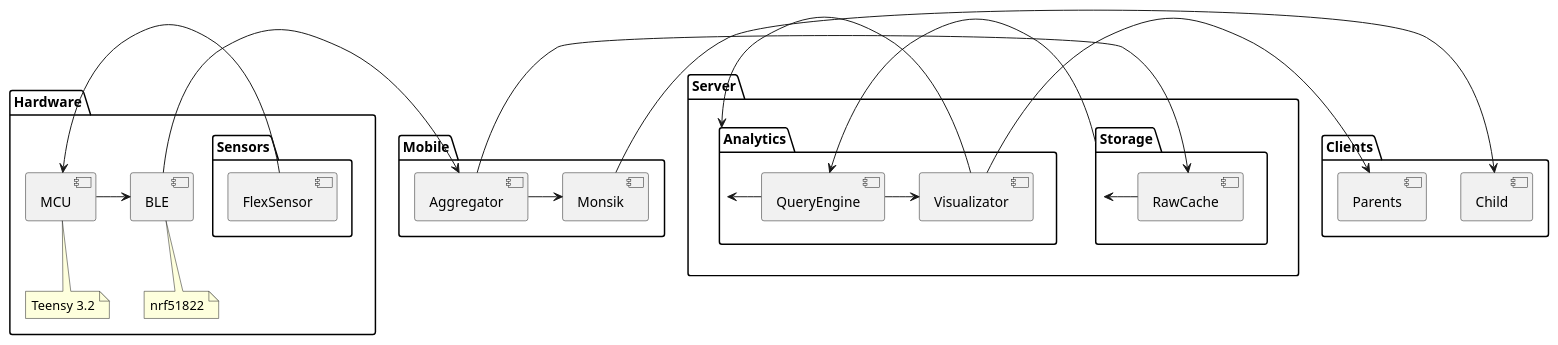
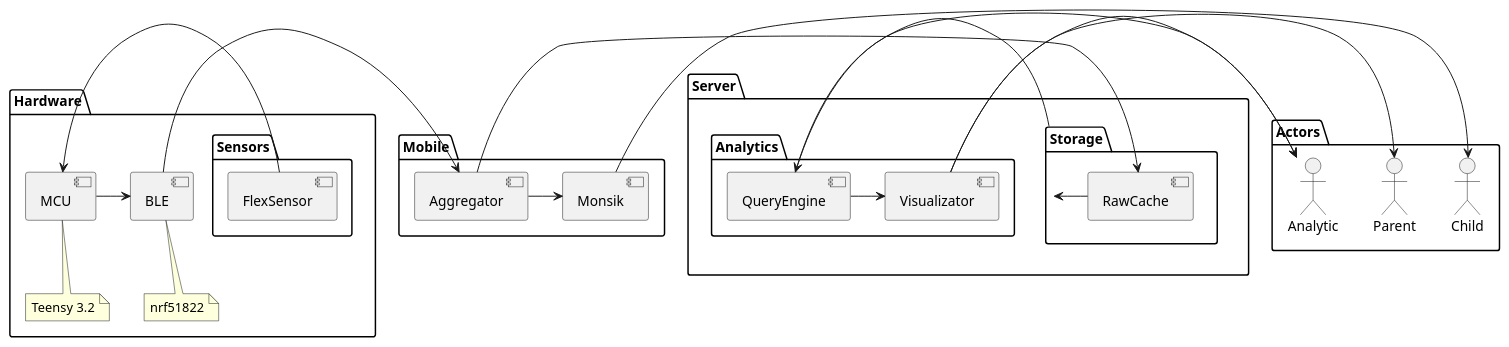
The diagram in architecture.puml (motorica-org/telemetry-docs), drawn with PlantUML before and after one commit.

Commit message:
feat(Architecture): Remake Clients with Actors, rename package accordingly

```diff
--- a/architecture.puml
+++ b/architecture.puml
@@ -1,43 +1,47 @@
 @startuml
 skinparam componentStyle uml2
 
 package Hardware {
     component MCU
     component BLE
 
     package Sensors {
         [FlexSensor] -> [MCU]
     }
 
     [MCU] -> [BLE]
 
     note bottom of [MCU]: Teensy 3.2
     note bottom of [BLE]: nrf51822
 }
 
 package Mobile {
     [BLE] -> [Aggregator]
     [Aggregator] -> [Monsik]
 }
 
 package Server {
     package Storage {
         [Aggregator] -> [RawCache]
         [RawCache] -> [Storage]
     }
     package Analytics {
         [Storage] -> [QueryEngine]
         [QueryEngine] -> [Visualizator]
     }
 }
 
-package Clients {
-    [Child] <- [Monsik]
+package Actors {
+    actor Child
+    actor Parent
+    actor Analytic
 
-    [Parents] <- [Visualizator]
+    Child <- [Monsik]
 
-    [Analytics] <- [QueryEngine]
-    [Analytics] <- [Visualizator]
+    Parent <- [Visualizator]
+
+    Analytic <- [QueryEngine]
+    Analytic <- [Visualizator]
 }
 
 @enduml
```
